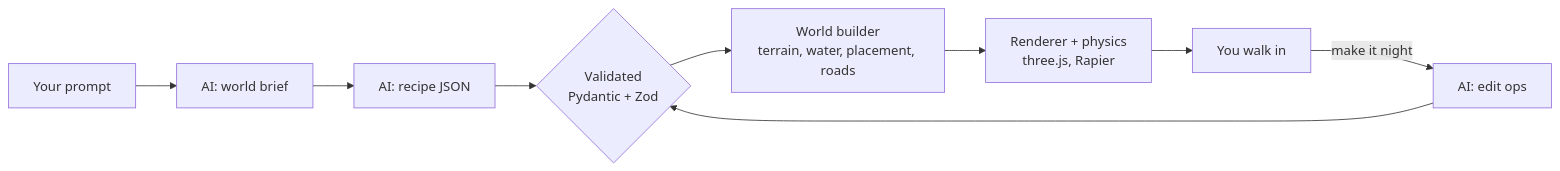
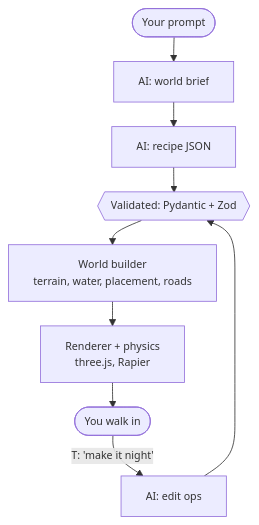
Before and after one commit to sanket-poojary-03/OASIS: the first of 2 diagrams in HOW_IT_WORKS.md, drawn with Mermaid. The commit also changed other lines of this file and 1 other file, not shown here.

````diff
--- a/HOW_IT_WORKS.md
+++ b/HOW_IT_WORKS.md
@@ -13,11 +13,12 @@
 ```mermaid
-flowchart LR
-    A[Your prompt] --> B[AI: world brief]
-    B --> C[AI: recipe JSON]
-    C --> D{Validated<br/>Pydantic + Zod}
-    D --> E[World builder<br/>terrain, water, placement, roads]
-    E --> F[Renderer + physics<br/>three.js, Rapier]
-    F --> G[You walk in]
-    G -- "make it night" --> H[AI: edit ops]
+%%{init: {"flowchart": {"nodeSpacing": 25, "rankSpacing": 30}, "themeVariables": {"fontSize": "13px"}}}%%
+flowchart TD
+    A(["Your prompt"]) --> B["AI: world brief"]
+    B --> C["AI: recipe JSON"]
+    C --> D{{"Validated: Pydantic + Zod"}}
+    D --> E["World builder<br/>terrain, water, placement, roads"]
+    E --> F["Renderer + physics<br/>three.js, Rapier"]
+    F --> G(["You walk in"])
+    G -->|"T: 'make it night'"| H["AI: edit ops"]
     H --> D
 ```
````
